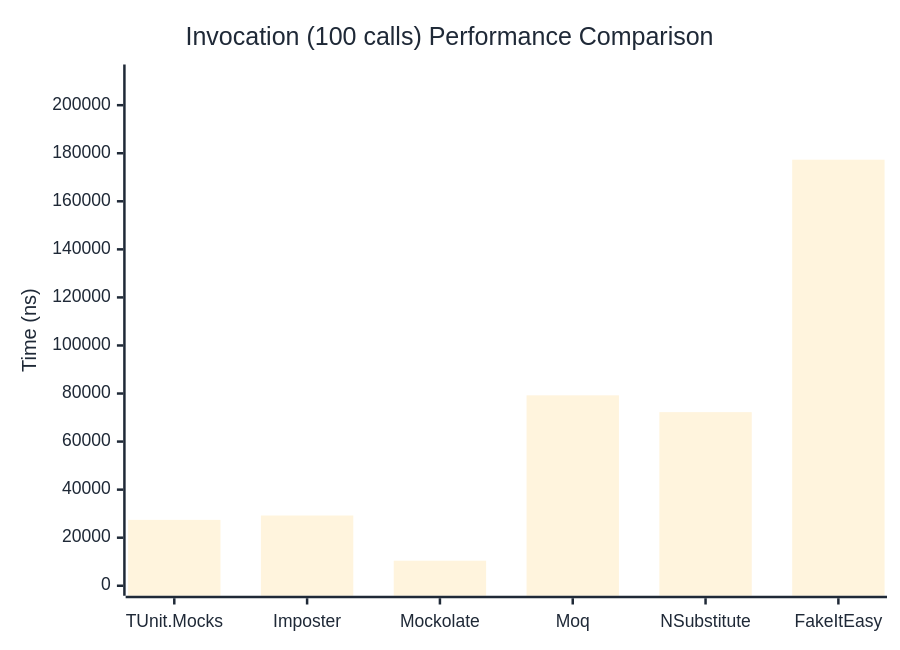
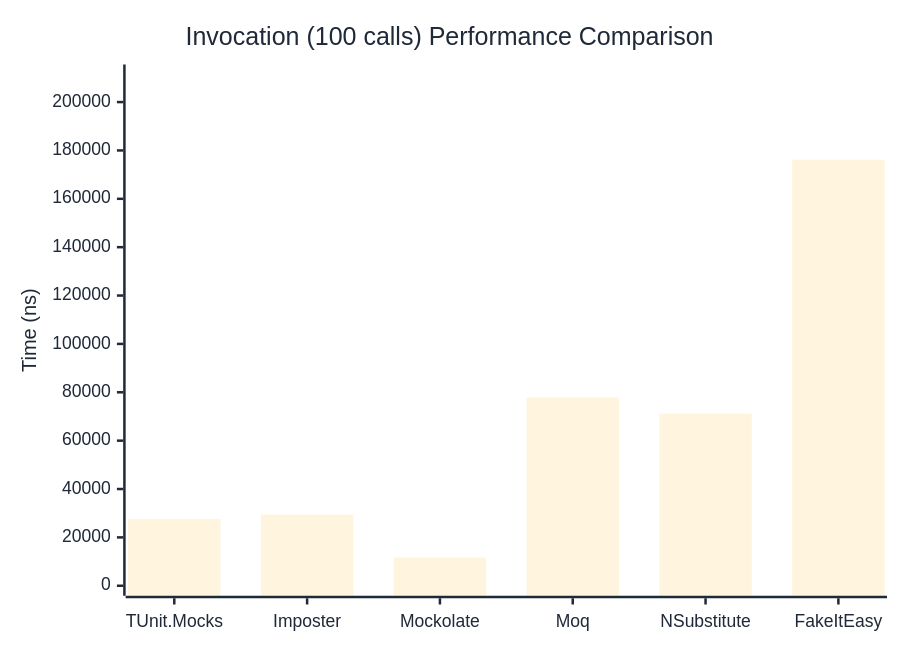
Before and after one commit to thomhurst/TUnit: the third of 3 diagrams in docs/docs/benchmarks/mocks/Invocation.md, drawn with Mermaid. The commit also changed other lines of this file and 14 other files, not shown here.

````diff
--- a/docs/docs/benchmarks/mocks/Invocation.md
+++ b/docs/docs/benchmarks/mocks/Invocation.md
@@ -112,27 +112,27 @@
 ```mermaid
 %%{init: {
   'theme':'base',
   'themeVariables': {
     'primaryColor': '#2563eb',
     'primaryTextColor': '#1f2937',
     'primaryBorderColor': '#1e40af',
     'lineColor': '#6b7280',
     'secondaryColor': '#7c3aed',
     'tertiaryColor': '#dc2626',
     'background': '#ffffff',
     'pie1': '#2563eb',
     'pie2': '#7c3aed',
     'pie3': '#dc2626',
     'pie4': '#f59e0b',
     'pie5': '#10b981',
     'pie6': '#06b6d4',
     'pie7': '#ec4899',
     'pie8': '#6366f1'
   }
 }}%%
 xychart-beta
   title "Invocation (100 calls) Performance Comparison"
   x-axis ["TUnit.Mocks", "Imposter", "Mockolate", "Moq", "NSubstitute", "FakeItEasy"]
-  y-axis "Time (ns)" 0 --> 212771
-  bar [27414.27, 29234.47, 10425.38, 79249.92, 72252.67, 177308.9]
+  y-axis "Time (ns)" 0 --> 211401
+  bar [27611.9, 29428, 11628.1, 77825.3, 71167.1, 176167.2]
 ```
````
